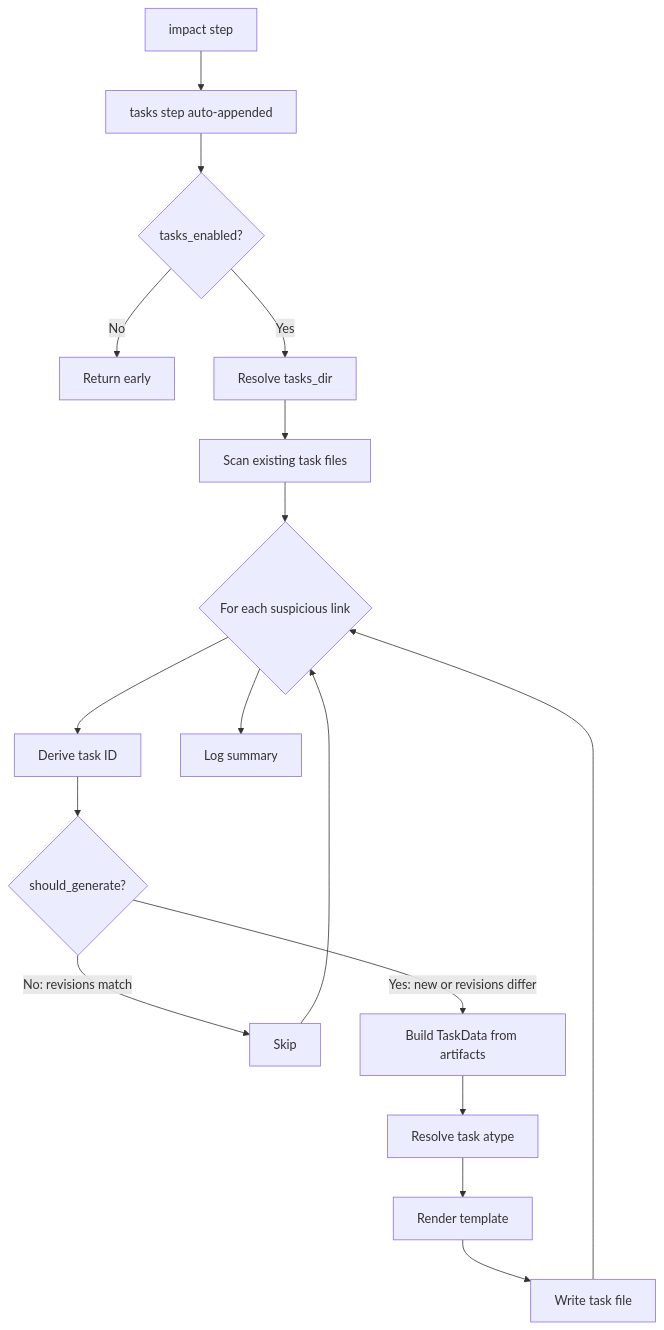
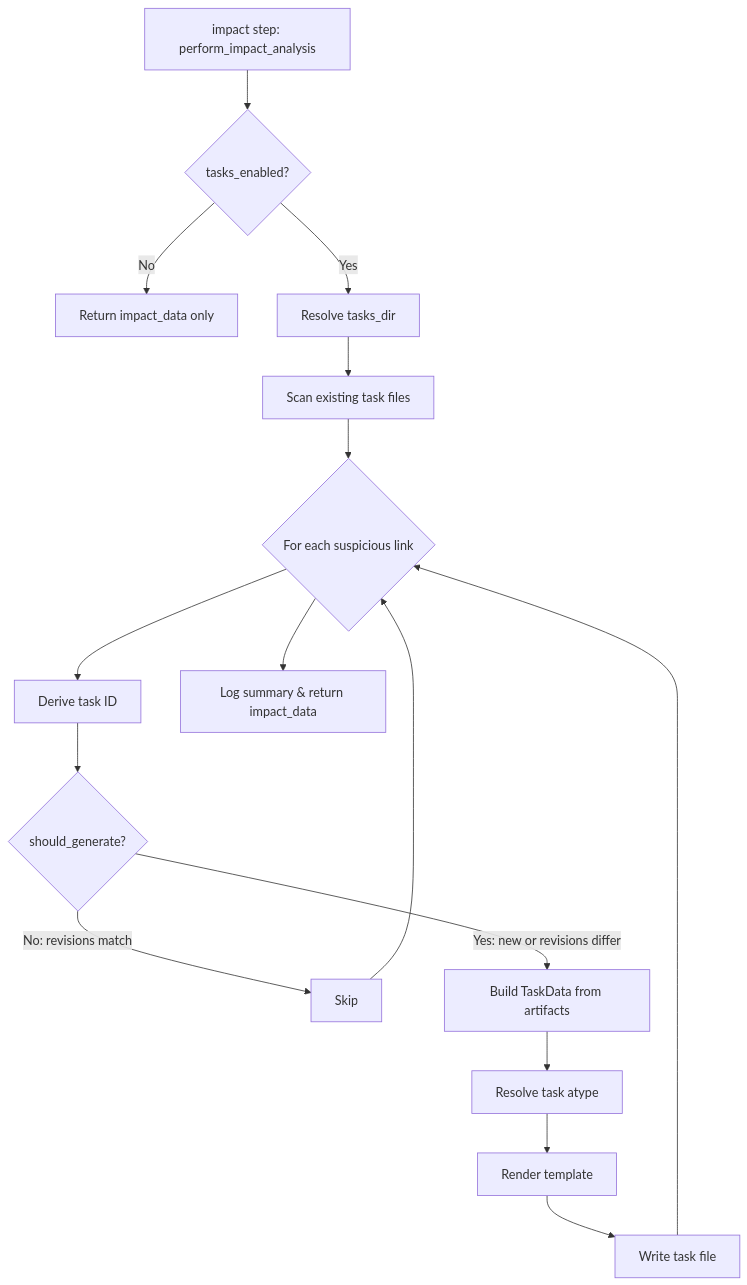
One commit to flyvercity/syntagmax changed the diagram in docs/specs/basic-trace-tasks.spec.md. Above: the diagram before and after it, drawn with Mermaid. The commit also changed other lines of this file, not shown here.

````diff
--- a/docs/specs/basic-trace-tasks.spec.md
+++ b/docs/specs/basic-trace-tasks.spec.md
@@ -77,19 +81,18 @@
 ```mermaid
 flowchart TD
-    A[impact step] --> B[tasks step auto-appended]
-    B --> C{tasks_enabled?}
-    C -->|No| Z[Return early]
-    C -->|Yes| D[Resolve tasks_dir]
+    A[impact step: perform_impact_analysis] --> B{tasks_enabled?}
+    B -->|No| Z[Return impact_data only]
+    B -->|Yes| D[Resolve tasks_dir]
     D --> E[Scan existing task files]
     E --> F{For each suspicious link}
     F --> G[Derive task ID]
     G --> H{should_generate?}
     H -->|No: revisions match| I[Skip]
     H -->|Yes: new or revisions differ| J[Build TaskData from artifacts]
     J --> K[Resolve task atype]
     K --> L[Render template]
     L --> M[Write task file]
     I --> F
     M --> F
-    F --> N[Log summary]
+    F --> N[Log summary & return impact_data]
 ```
````
